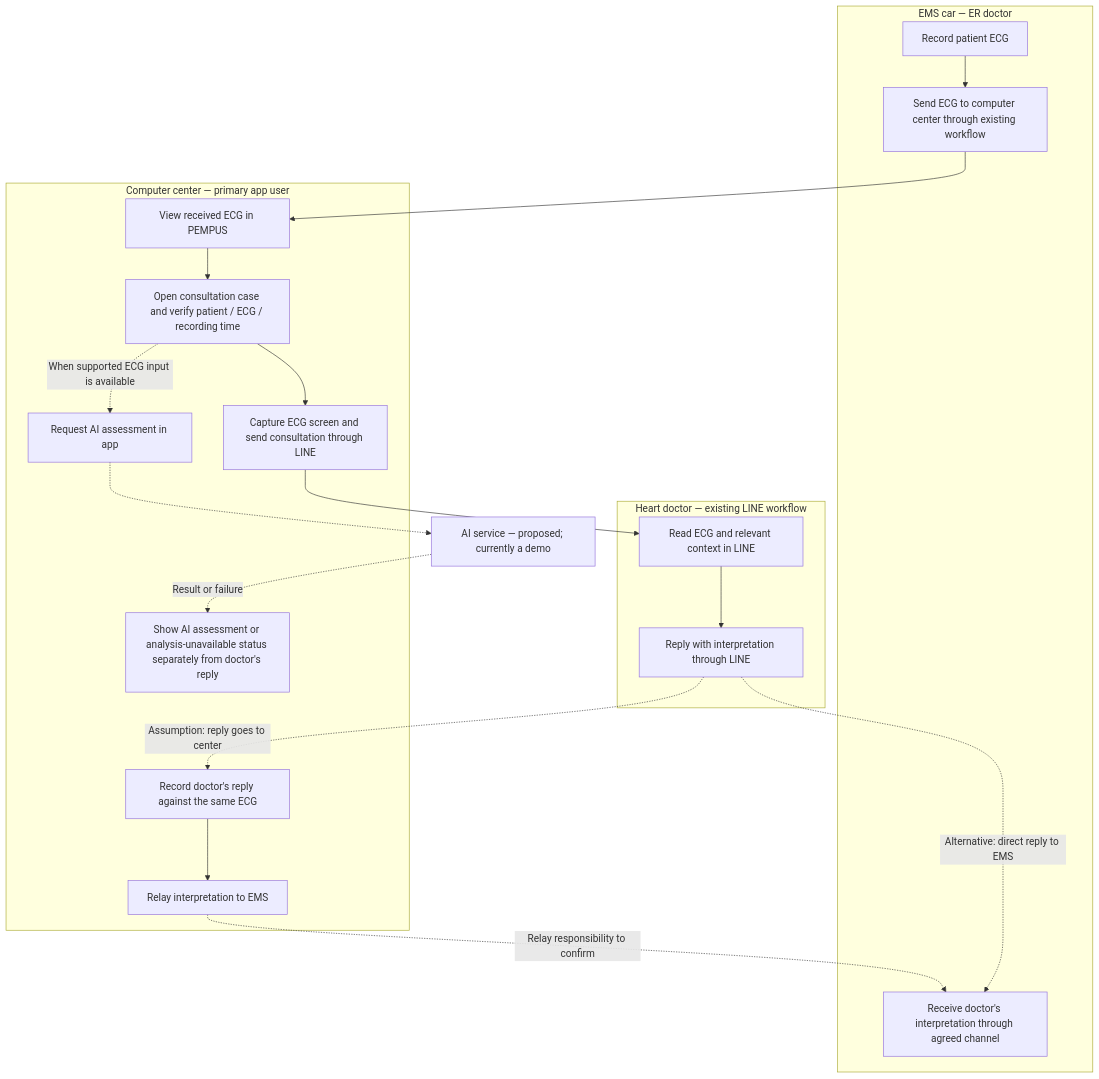
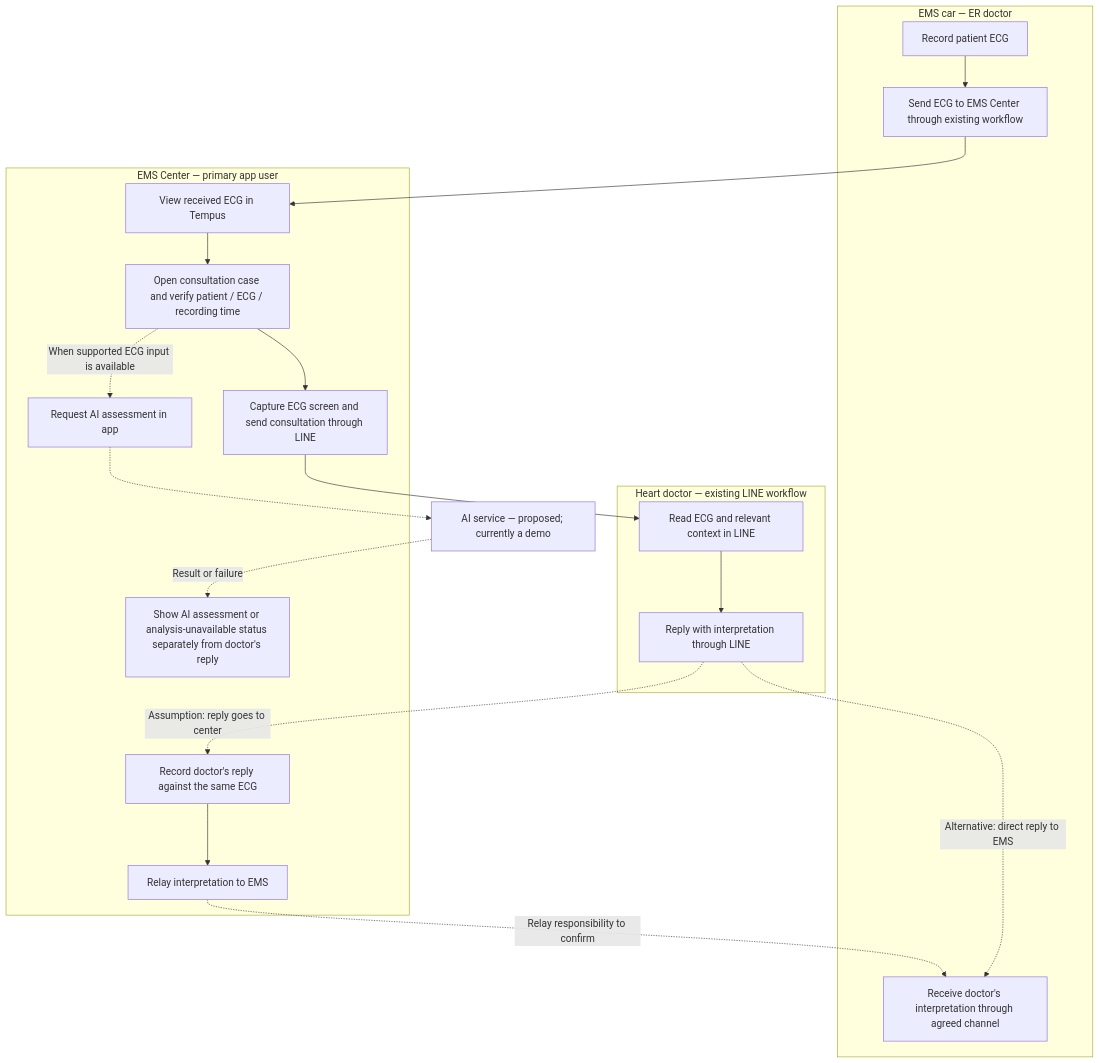
One commit to Bearior/EKG-user-journey changed the second of 2 diagrams in docs/user-journey.md. Above: the diagram before and after it, drawn with Mermaid. The commit also changed other lines of this file and 15 other files, not shown here.

````diff
--- a/docs/user-journey.md
+++ b/docs/user-journey.md
@@ -41,28 +43,28 @@
 ```mermaid
 flowchart TB
     subgraph EMS["EMS car — ER doctor"]
-        E1["Record patient ECG"] --> E2["Send ECG to computer center through existing workflow"]
+        E1["Record patient ECG"] --> E2["Send ECG to EMS Center through existing workflow"]
         E3["Receive doctor's interpretation through agreed channel"]
     end
 
-    subgraph CENTER["Computer center — primary app user"]
-        C1["View received ECG in PEMPUS"] --> C2["Open consultation case and verify patient / ECG / recording time"]
+    subgraph CENTER["EMS Center — primary app user"]
+        C1["View received ECG in Tempus"] --> C2["Open consultation case and verify patient / ECG / recording time"]
         C2 --> C3["Capture ECG screen and send consultation through LINE"]
         C2 -. "When supported ECG input is available" .-> C4["Request AI assessment in app"]
         C5["Show AI assessment or analysis-unavailable status separately from doctor's reply"]
         C6["Record doctor's reply against the same ECG"] --> C7["Relay interpretation to EMS"]
     end
 
     subgraph DOCTOR["Heart doctor — existing LINE workflow"]
         D1["Read ECG and relevant context in LINE"] --> D2["Reply with interpretation through LINE"]
     end
 
     AI["AI service — proposed; currently a demo"]
     E2 --> C1
     C3 --> D1
     C4 -.-> AI
     AI -. "Result or failure" .-> C5
     D2 -. "Assumption: reply goes to center" .-> C6
     C7 -. "Relay responsibility to confirm" .-> E3
     D2 -. "Alternative: direct reply to EMS" .-> E3
 ```
````
